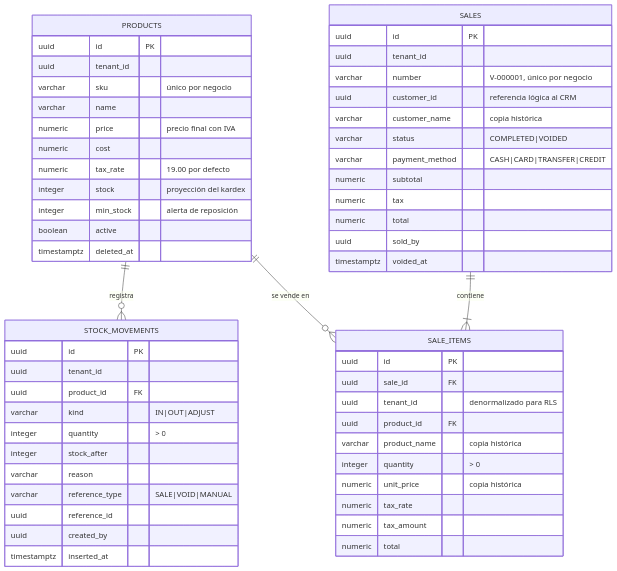
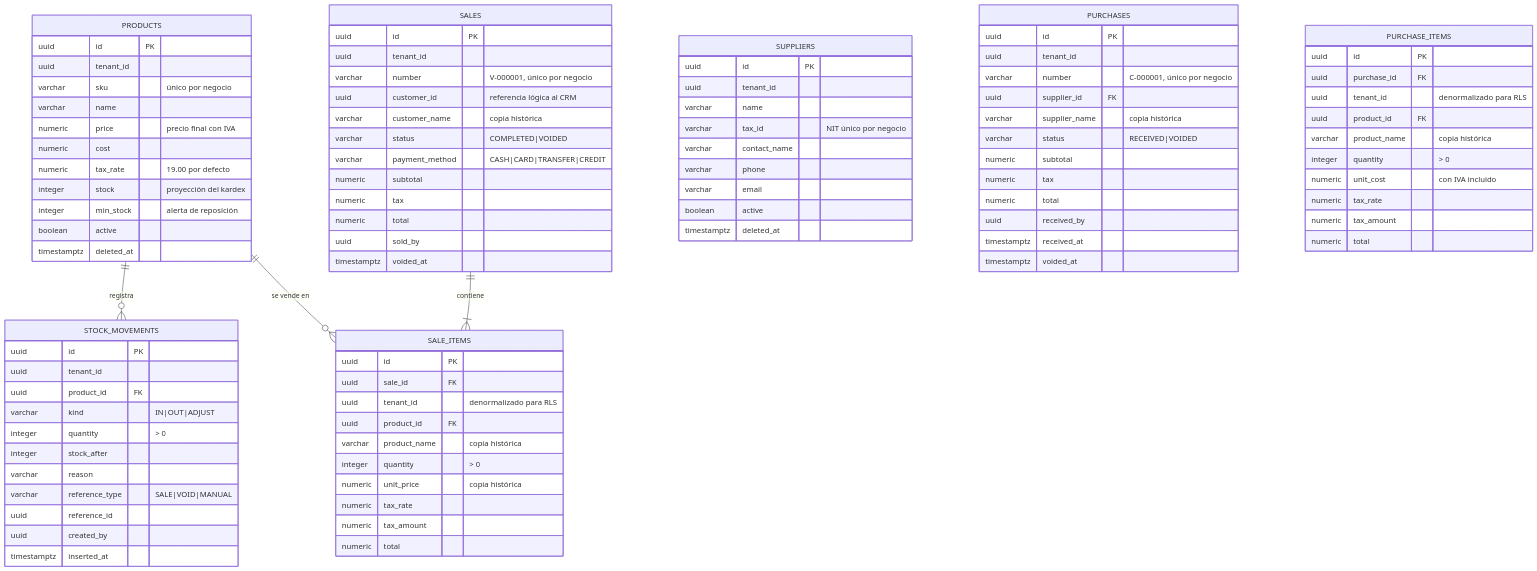
Before and after one commit to NFGS/kubo-docs: the third of 3 diagrams in 02-modelo-datos.md, drawn with Mermaid. The commit also changed other lines of this file and 8 other files, not shown here.

````diff
--- a/02-modelo-datos.md
+++ b/02-modelo-datos.md
@@ -219,4 +219,41 @@
     numeric tax_amount
     numeric total
   }
+  SUPPLIERS {
+    uuid id PK
+    uuid tenant_id
+    varchar name
+    varchar tax_id "NIT único por negocio"
+    varchar contact_name
+    varchar phone
+    varchar email
+    boolean active
+    timestamptz deleted_at
+  }
+  PURCHASES {
+    uuid id PK
+    uuid tenant_id
+    varchar number "C-000001, único por negocio"
+    uuid supplier_id FK
+    varchar supplier_name "copia histórica"
+    varchar status "RECEIVED|VOIDED"
+    numeric subtotal
+    numeric tax
+    numeric total
+    uuid received_by
+    timestamptz received_at
+    timestamptz voided_at
+  }
+  PURCHASE_ITEMS {
+    uuid id PK
+    uuid purchase_id FK
+    uuid tenant_id "denormalizado para RLS"
+    uuid product_id FK
+    varchar product_name "copia histórica"
+    integer quantity "> 0"
+    numeric unit_cost "con IVA incluido"
+    numeric tax_rate
+    numeric tax_amount
+    numeric total
+  }
 ```
````
